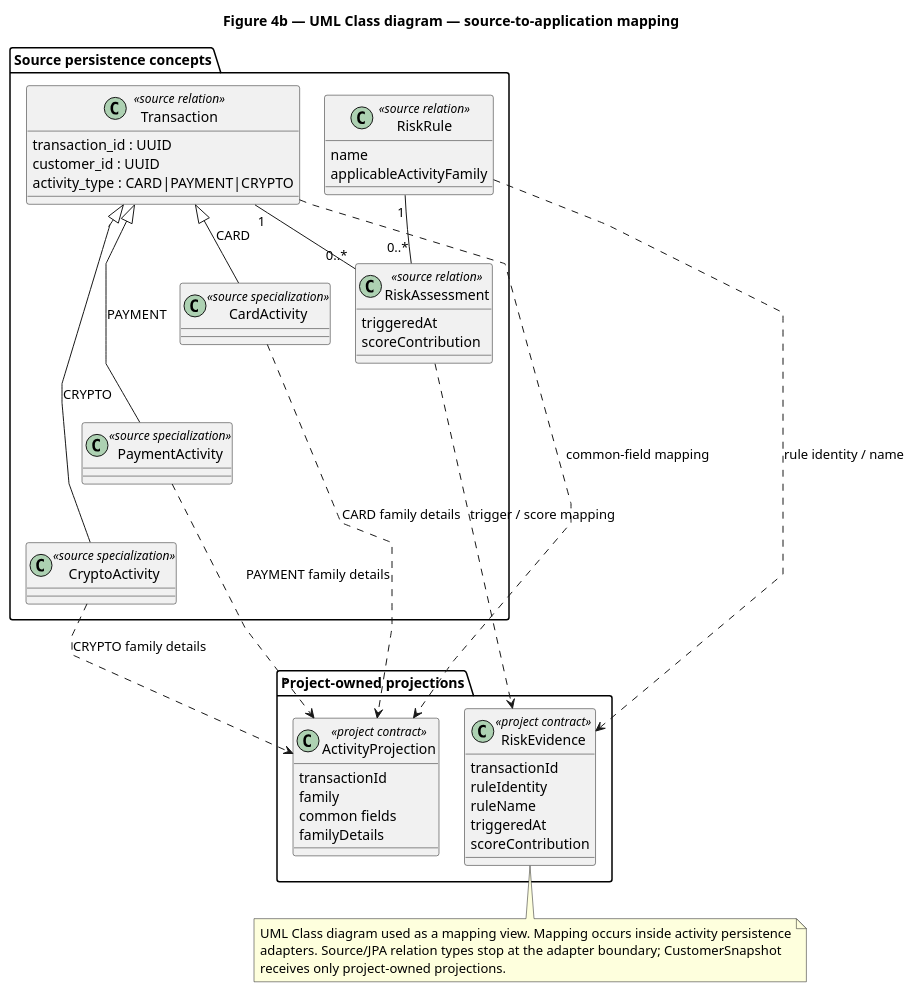
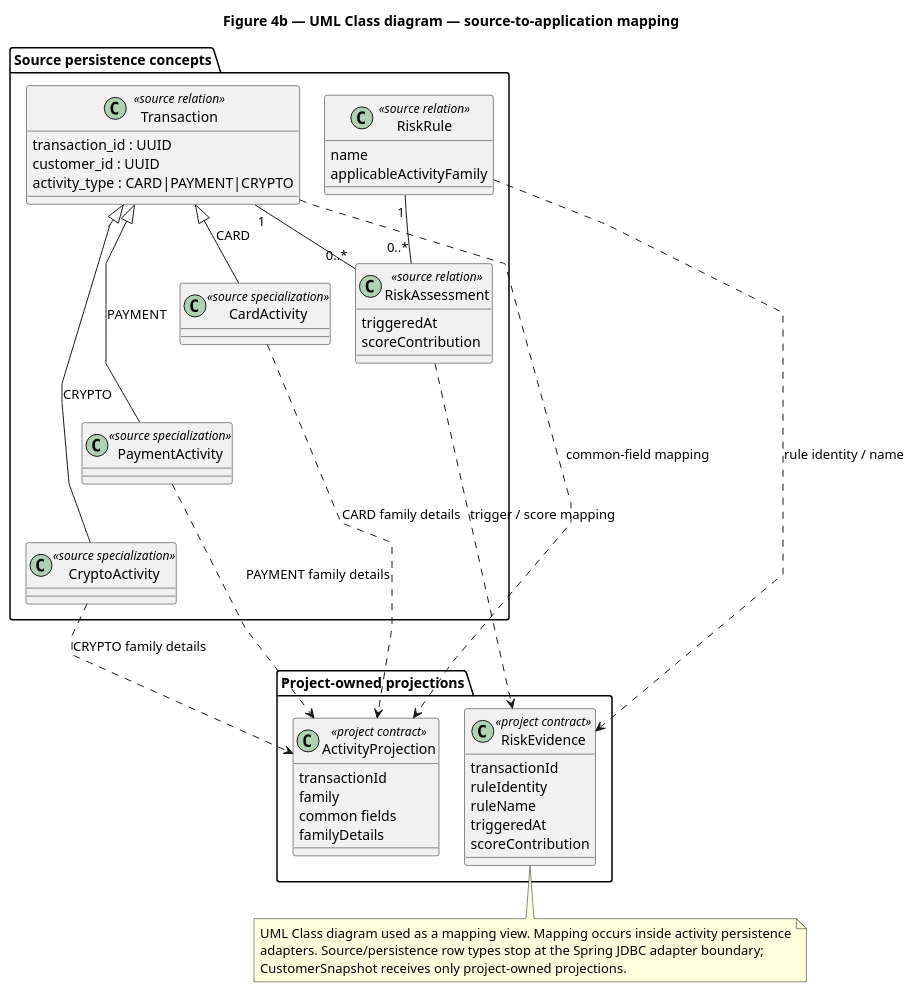
One commit to jdoe-dev-159753/specgraph-reference-app changed the diagram in docs/assignment/SDD/diagrams/source-contract-mapping.puml. Above: the diagram before and after it, drawn with PlantUML.

Commit message:
docs: keep relational row types at JDBC boundary

```diff
--- a/docs/assignment/SDD/diagrams/source-contract-mapping.puml
+++ b/docs/assignment/SDD/diagrams/source-contract-mapping.puml
@@ -1,68 +1,68 @@
 @startuml
 title Figure 4b — UML Class diagram — source-to-application mapping
 top to bottom direction
 skinparam classAttributeIconSize 0
 skinparam linetype polyline
 skinparam nodesep 25
 skinparam ranksep 40
 
 package "Source persistence concepts" {
   class Transaction <<source relation>> {
     transaction_id : UUID
     customer_id : UUID
     activity_type : CARD|PAYMENT|CRYPTO
   }
   class CardActivity <<source specialization>>
   class PaymentActivity <<source specialization>>
   class CryptoActivity <<source specialization>>
   class RiskAssessment <<source relation>> {
     triggeredAt
     scoreContribution
   }
   class RiskRule <<source relation>> {
     name
     applicableActivityFamily
   }
 
   Transaction <|-- CardActivity : CARD
   Transaction <|-- PaymentActivity : PAYMENT
   Transaction <|-- CryptoActivity : CRYPTO
   Transaction "1" -- "0..*" RiskAssessment
   RiskRule "1" -- "0..*" RiskAssessment
 
   CardActivity -[hidden]down-> PaymentActivity
   PaymentActivity -[hidden]down-> CryptoActivity
   RiskRule -[hidden]down-> RiskAssessment
 }
 
 package "Project-owned projections" {
   class ActivityProjection <<project contract>> {
     transactionId
     family
     common fields
     familyDetails
   }
   class RiskEvidence <<project contract>> {
     transactionId
     ruleIdentity
     ruleName
     triggeredAt
     scoreContribution
   }
 
   ActivityProjection -[hidden]right-> RiskEvidence
 }
 
 Transaction ..> ActivityProjection : common-field mapping
 CardActivity ..> ActivityProjection : CARD family details
 PaymentActivity ..> ActivityProjection : PAYMENT family details
 CryptoActivity ..> ActivityProjection : CRYPTO family details
 RiskAssessment ..> RiskEvidence : trigger / score mapping
 RiskRule ..> RiskEvidence : rule identity / name
 
 note bottom
   UML Class diagram used as a mapping view. Mapping occurs inside activity persistence
-  adapters. Source/JPA relation types stop at the adapter boundary; CustomerSnapshot
-  receives only project-owned projections.
+  adapters. Source/persistence row types stop at the Spring JDBC adapter boundary;
+  CustomerSnapshot receives only project-owned projections.
 end note
 @enduml
```
